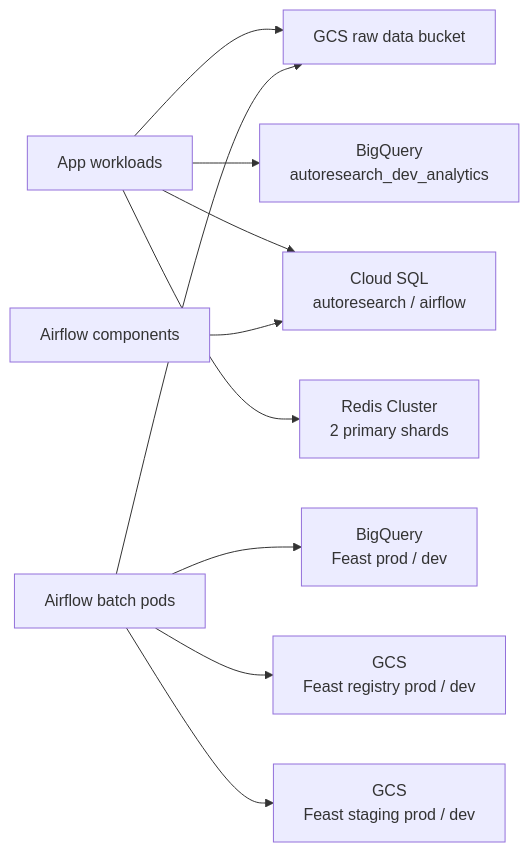
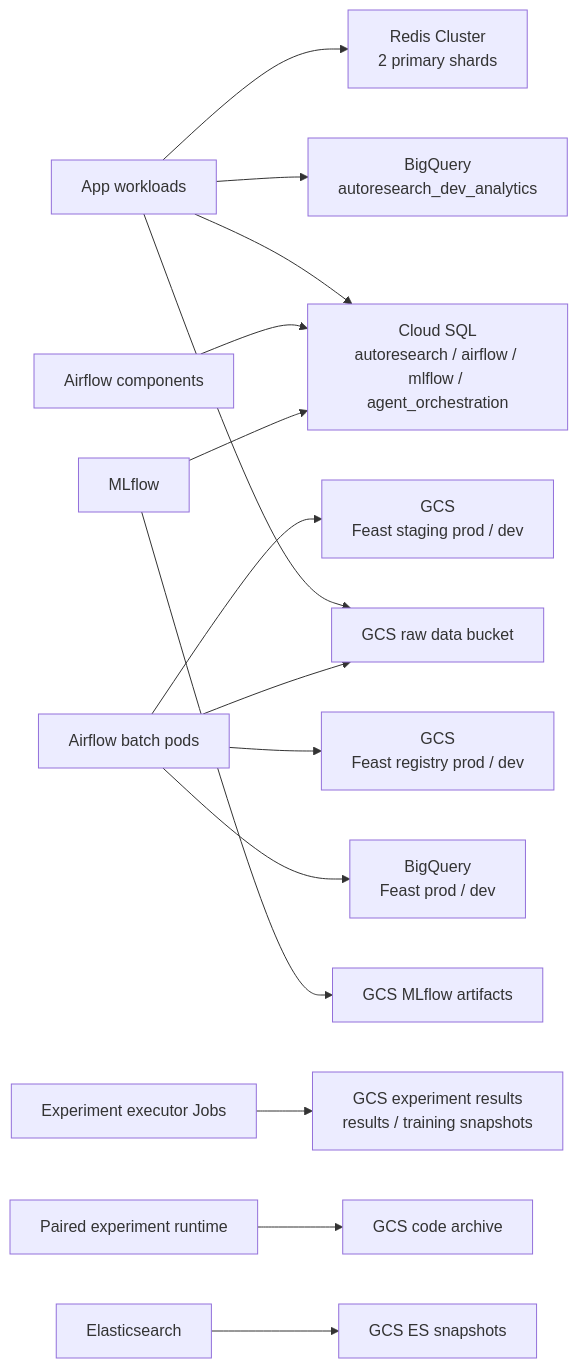
The sixth of 9 diagrams in docs/INFRASTRUCTURE_SUMMARY.md (SKYAHO/Autoresearch-infra), drawn with Mermaid before and after one commit. The commit also changed other lines of this file and 2 other files, not shown here.

````diff
--- a/docs/INFRASTRUCTURE_SUMMARY.md
+++ b/docs/INFRASTRUCTURE_SUMMARY.md
@@ -408,23 +466,36 @@
 ```mermaid
 flowchart LR
     app["App workloads"]
     airflowComp["Airflow components"]
     batch["Airflow batch pods"]
+    executor["Experiment executor Jobs"]
+    paired["Paired experiment runtime"]
+    mlflow["MLflow"]
+    elastic["Elasticsearch"]
     raw["GCS raw data bucket"]
     bqanalytics["BigQuery<br/>autoresearch_dev_analytics"]
     feastbq["BigQuery<br/>Feast prod / dev"]
     registry["GCS<br/>Feast registry prod / dev"]
     staging["GCS<br/>Feast staging prod / dev"]
-    sql["Cloud SQL<br/>autoresearch / airflow"]
+    sql["Cloud SQL<br/>autoresearch / airflow / mlflow / agent_orchestration"]
     redis["Redis Cluster<br/>2 primary shards"]
+    experiment["GCS experiment results<br/>results / training snapshots"]
+    mlflowArtifacts["GCS MLflow artifacts"]
+    codeArtifacts["GCS code archive"]
+    esSnapshots["GCS ES snapshots"]
 
     app --> raw
     app --> bqanalytics
     app --> sql
     app --> redis
     batch --> raw
     batch --> feastbq
     batch --> registry
     batch --> staging
     airflowComp --> sql
+    executor --> experiment
+    paired --> codeArtifacts
+    mlflow --> sql
+    mlflow --> mlflowArtifacts
+    elastic --> esSnapshots
 ```
````
